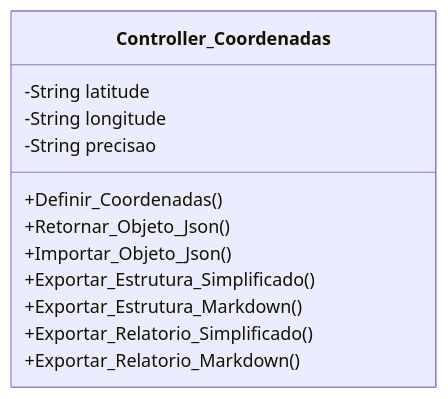
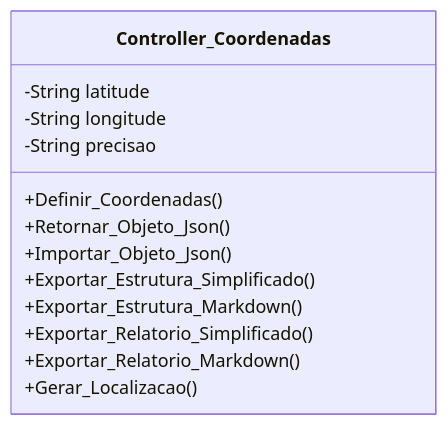
One commit to ETECC-Telecom/ValtObsidian-Script-Moto changed the diagram in DOCUMENTOS/Classe - Coordenadas.md. Above: the diagram before and after it, drawn with Mermaid. The commit also changed other lines of this file and 7 other files, not shown here.

````diff
--- a/DOCUMENTOS/Classe - Coordenadas.md
+++ b/DOCUMENTOS/Classe - Coordenadas.md
@@ -29,16 +38,17 @@
 ```mermaid
 classDiagram
     class Controller_Coordenadas{
 	    -String latitude
 		-String longitude
 		-String precisao
       
 	    +Definir_Coordenadas()
 		+Retornar_Objeto_Json()
 		+Importar_Objeto_Json()
 		+Exportar_Estrutura_Simplificado()
 		+Exportar_Estrutura_Markdown()
 		+Exportar_Relatorio_Simplificado()
 		+Exportar_Relatorio_Markdown()
+		+Gerar_Localizacao()
     }
 ```
````
